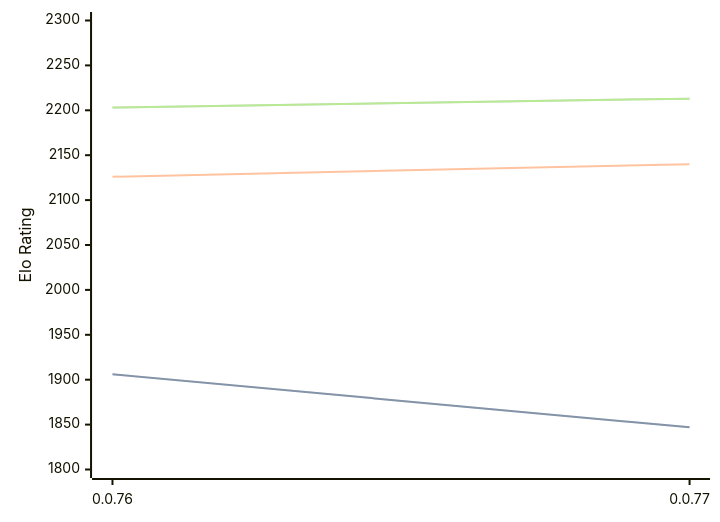
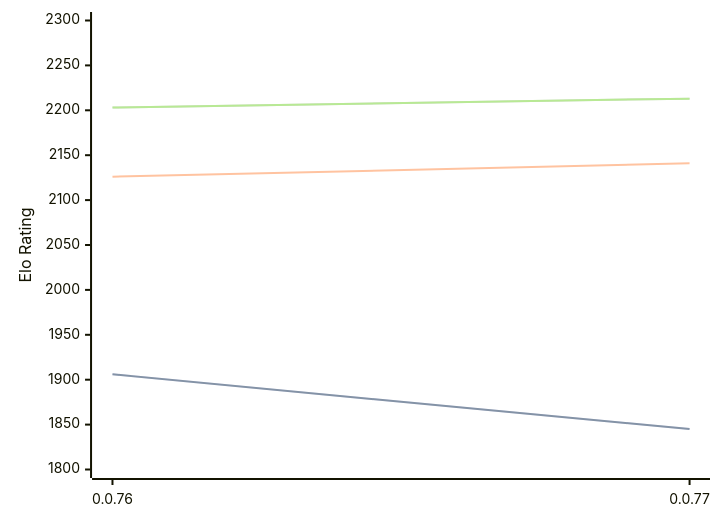
Before and after one commit to computer-chess-index/cci: the first of 3 diagrams in engines/Fktb.md, drawn with Mermaid. The commit also changed other lines of this file, not shown here.

````diff
--- a/engines/Fktb.md
+++ b/engines/Fktb.md
@@ -32,11 +32,11 @@
 ```mermaid
 %%{init: {"theme":"base","themeVariables":{"seriesColors:['#a3a3a3','#222221','#faa371']}}}%%
 xychart-beta
   x-axis ["0.0.76", "0.0.77"]
   y-axis "Elo Rating" 1800 --> 2300
-  line "STC (8.0+0.08s)" [1906, 1847]
-  line "STC (8.0+0.08s)" [1906, 1847]
-  line "LTC (60.0+0.60s)" [2126, 2140]
+  line "STC (8.0+0.08s)" [1906, 1845]
+  line "STC (8.0+0.08s)" [1906, 1845]
+  line "LTC (60.0+0.60s)" [2126, 2141]
   line "VLTC (2m24s+1.12s)" [2203, 2213]
   line "VLTC (2m24s+1.12s)" [2203, 2213]
 ```
````
